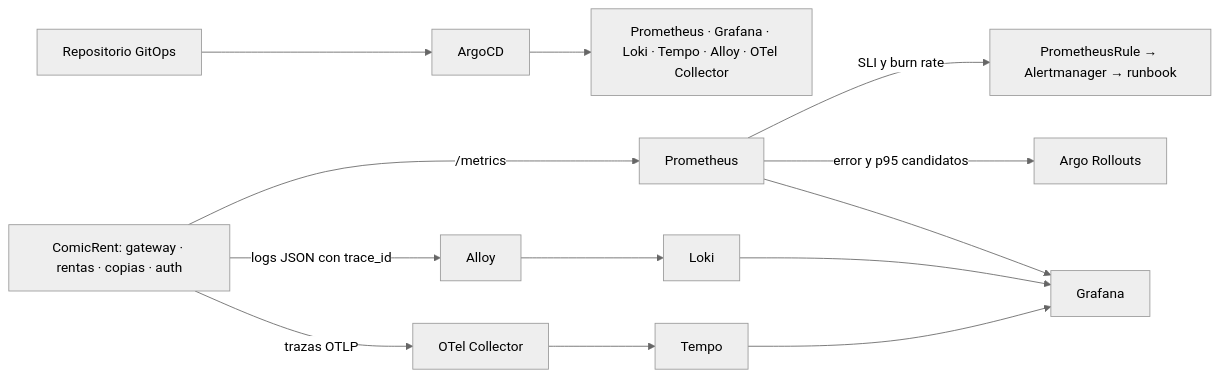
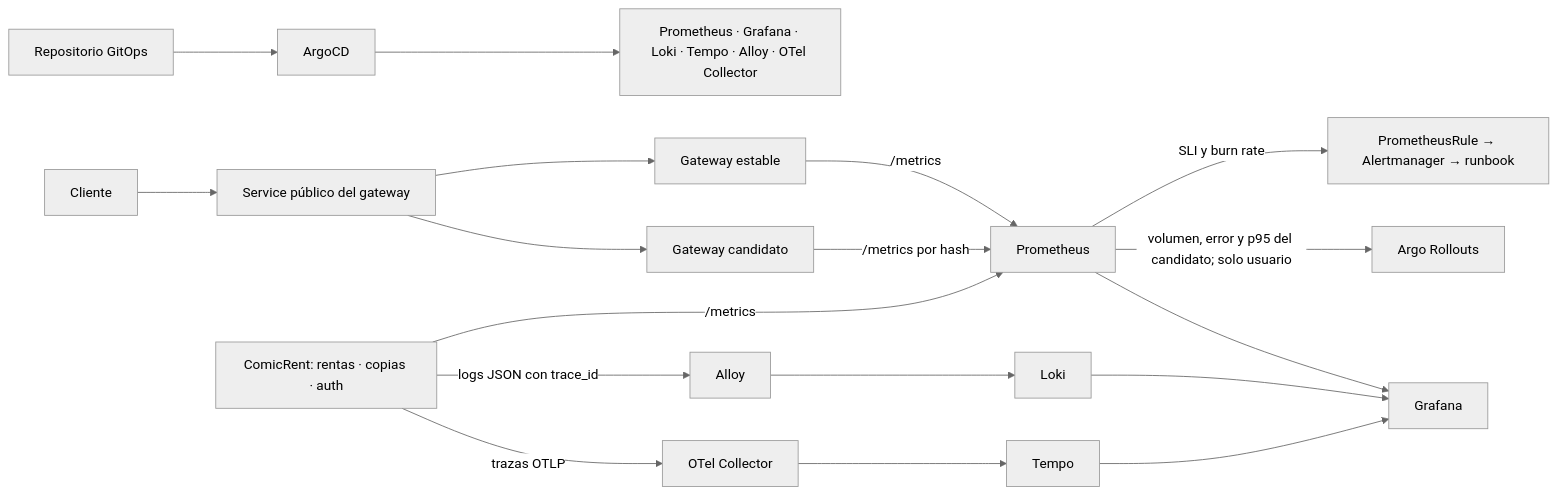
One commit to DavidVelasquez77/Practicas-SA-B-202307705 changed the diagram in P10/README.md. Above: the diagram before and after it, drawn with Mermaid (neutral theme). The commit also changed other lines of this file and 28 other files, not shown here.

````diff
--- a/P10/README.md
+++ b/P10/README.md
@@ -28,13 +30,18 @@
 ```mermaid
 flowchart LR
   GitOps[Repositorio GitOps] --> ArgoCD[ArgoCD]
   ArgoCD --> Stack[Prometheus · Grafana · Loki · Tempo · Alloy · OTel Collector]
-  Services[ComicRent: gateway · rentas · copias · auth] -->|/metrics| Prometheus
+  Client[Cliente] --> PublicService[Service público del gateway]
+  PublicService --> Stable[Gateway estable]
+  PublicService --> Candidate[Gateway candidato]
+  Stable -->|/metrics| Prometheus
+  Candidate -->|/metrics por hash| Prometheus
+  Services[ComicRent: rentas · copias · auth] -->|/metrics| Prometheus
   Services -->|trazas OTLP| Collector[OTel Collector] --> Tempo
   Services -->|logs JSON con trace_id| Alloy --> Loki
   Prometheus -->|SLI y burn rate| Alerts[PrometheusRule → Alertmanager → runbook]
-  Prometheus -->|error y p95 candidatos| Rollouts[Argo Rollouts]
+  Prometheus -->|volumen, error y p95 del candidato; solo usuario| Rollouts[Argo Rollouts]
   Prometheus --> Grafana
   Loki --> Grafana
   Tempo --> Grafana
 ```
````
